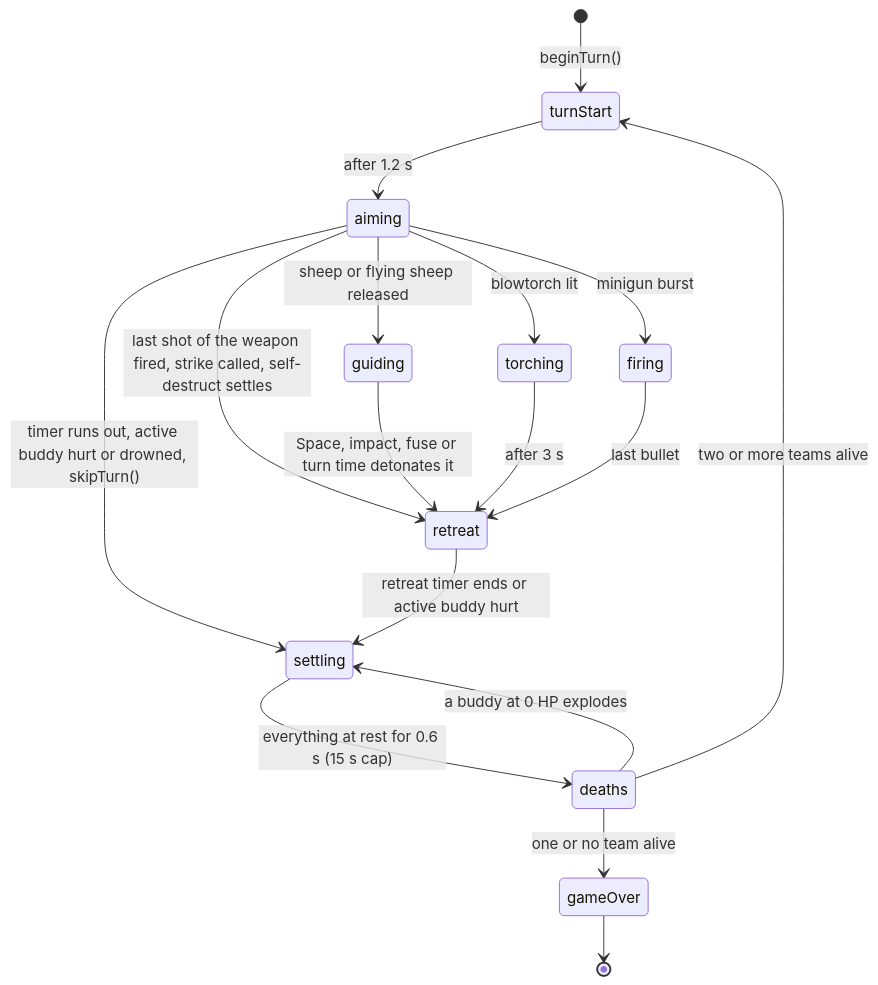
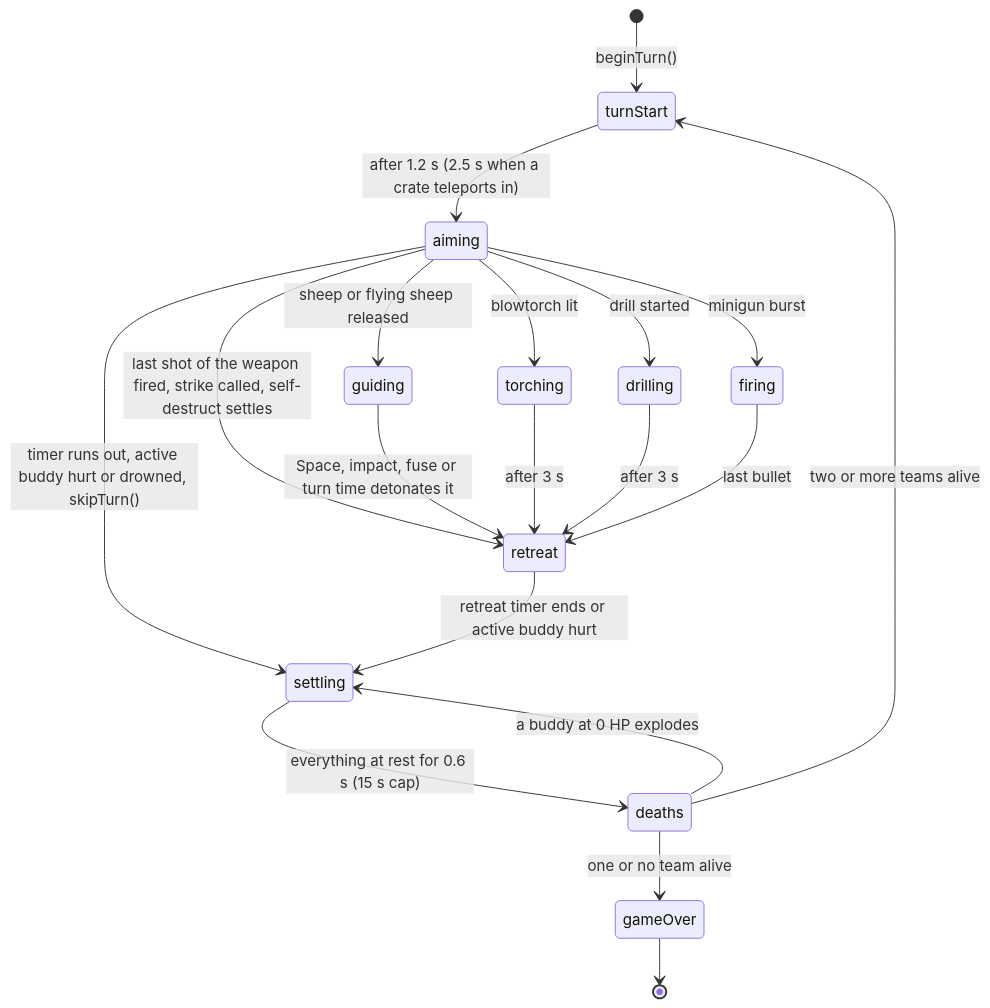
Before and after one commit to marcelpetrick/AlliumAssault: the sixth of 9 diagrams in docs/ARCHITECTURE.md, drawn with Mermaid. The commit also changed other lines of this file and 8 other files, not shown here.

````diff
--- a/docs/ARCHITECTURE.md
+++ b/docs/ARCHITECTURE.md
@@ -190,19 +192,21 @@
 ```mermaid
 stateDiagram-v2
   [*] --> turnStart: beginTurn()
-  turnStart --> aiming: after 1.2 s
+  turnStart --> aiming: after 1.2 s (2.5 s when a crate teleports in)
   aiming --> retreat: last shot of the weapon fired, strike called, self-destruct settles
   aiming --> guiding: sheep or flying sheep released
   guiding --> retreat: Space, impact, fuse or turn time detonates it
   aiming --> torching: blowtorch lit
   torching --> retreat: after 3 s
+  aiming --> drilling: drill started
+  drilling --> retreat: after 3 s
   aiming --> firing: minigun burst
   firing --> retreat: last bullet
   aiming --> settling: timer runs out, active buddy hurt or drowned, skipTurn()
   retreat --> settling: retreat timer ends or active buddy hurt
   settling --> deaths: everything at rest for 0.6 s (15 s cap)
   deaths --> settling: a buddy at 0 HP explodes
   deaths --> turnStart: two or more teams alive
   deaths --> gameOver: one or no team alive
   gameOver --> [*]
 ```
````
